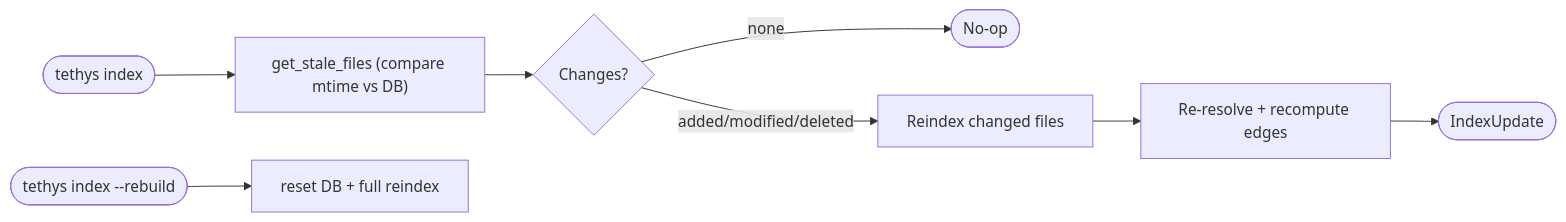
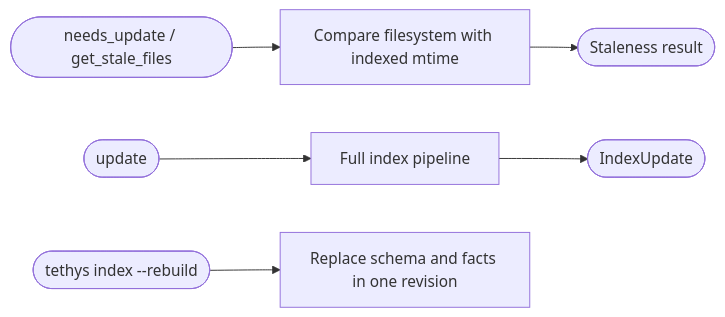
Before and after one commit to dwalleck/tethys: the third of 7 diagrams in .agents/summary/workflows.md, drawn with Mermaid. The commit also changed other lines of this file and 29 other files, not shown here.

````diff
--- a/.agents/summary/workflows.md
+++ b/.agents/summary/workflows.md
@@ -77,10 +83,8 @@
 ```mermaid
 flowchart LR
-    A([tethys index]) --> B["get_stale_files (compare mtime vs DB)"]
-    B --> C{Changes?}
-    C -- none --> D([No-op])
-    C -- "added/modified/deleted" --> E["Reindex changed files"]
-    E --> F["Re-resolve + recompute edges"]
-    F --> G([IndexUpdate])
-    H([tethys index --rebuild]) --> I["reset DB + full reindex"]
+    A([needs_update / get_stale_files]) --> B["Compare filesystem with indexed mtime"]
+    B --> C([Staleness result])
+    D([update]) --> E["Full index pipeline"]
+    E --> F([IndexUpdate])
+    H([tethys index --rebuild]) --> I["Replace schema and facts in one revision"]
 ```
````
